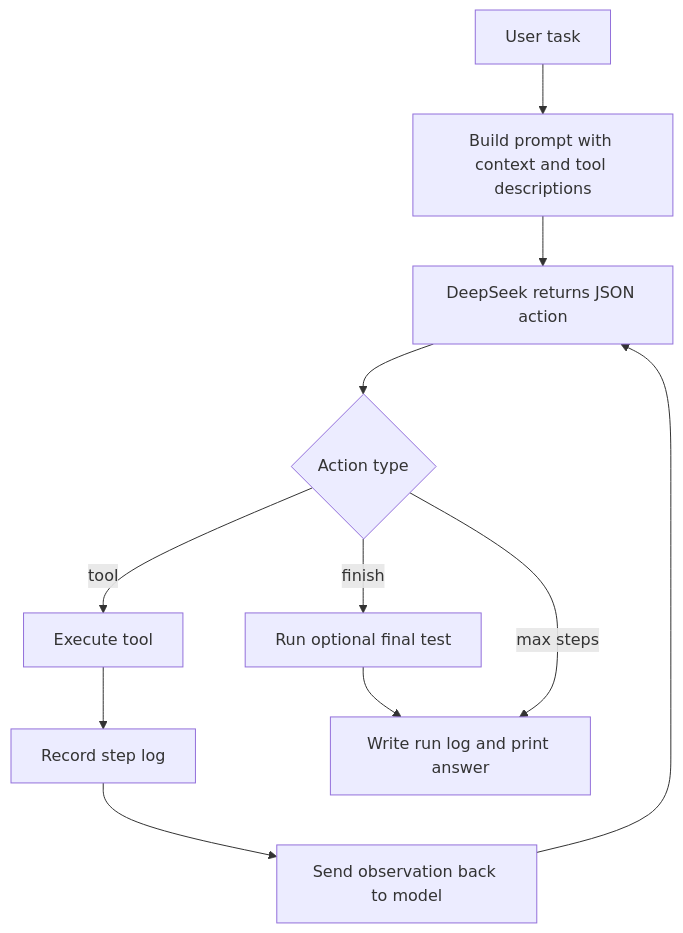
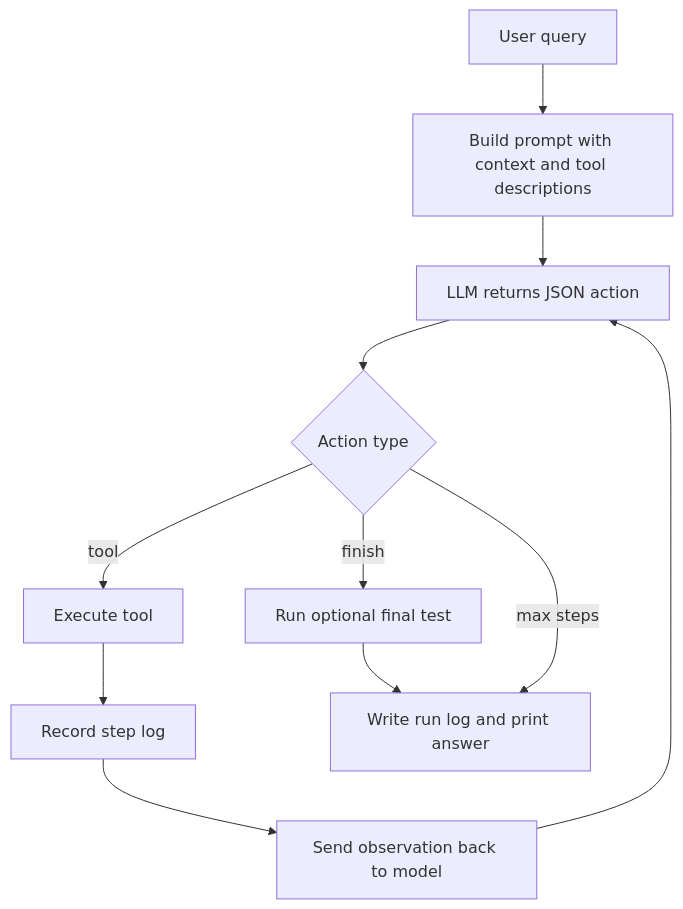
Before and after one commit to Cachuela11/MiniCode: the first of 2 diagrams in README.md, drawn with Mermaid.

````diff
--- a/README.md
+++ b/README.md
@@ -36,13 +36,13 @@
 ```mermaid
 flowchart TD
-    A[User task] --> B[Build prompt with context and tool descriptions]
-    B --> C[DeepSeek returns JSON action]
+    A[User query] --> B[Build prompt with context and tool descriptions]
+    B --> C[LLM returns JSON action]
     C --> D{Action type}
     D -->|tool| E[Execute tool]
     E --> F[Record step log]
     F --> G[Send observation back to model]
     G --> C
     D -->|finish| H[Run optional final test]
     H --> I[Write run log and print answer]
     D -->|max steps| I
 ```
````
